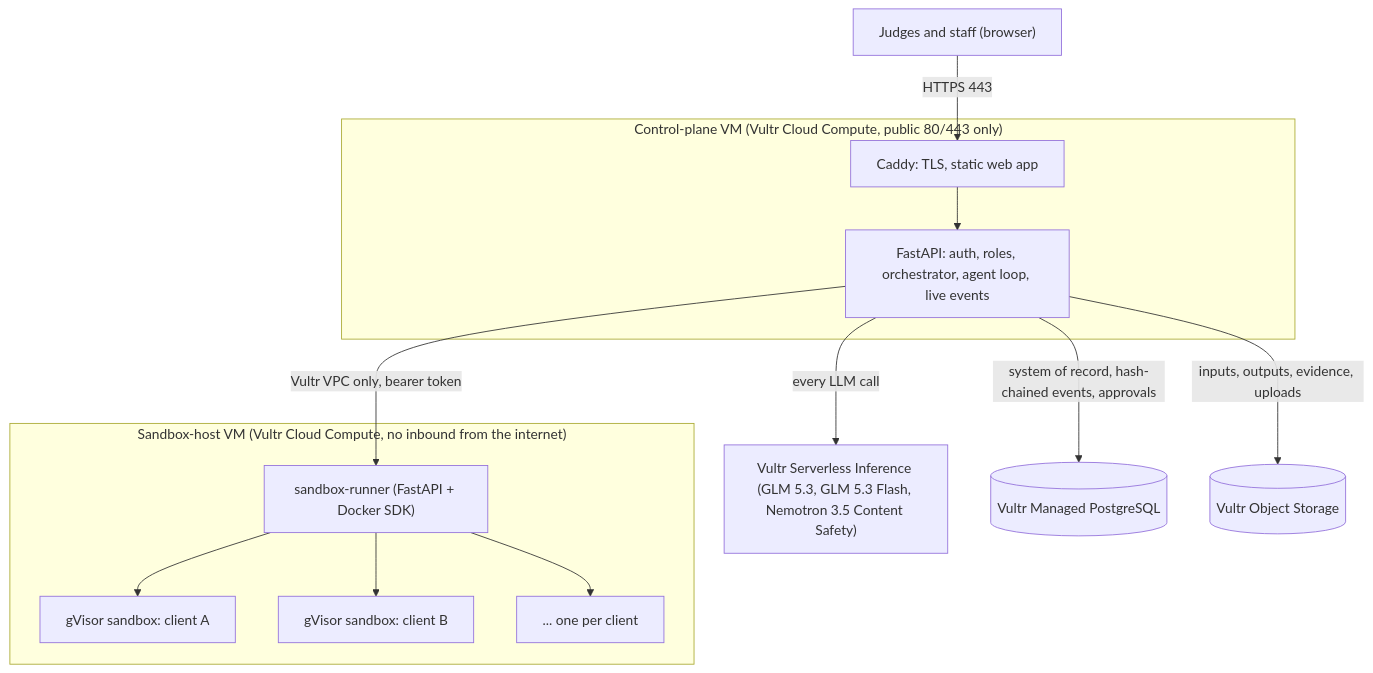
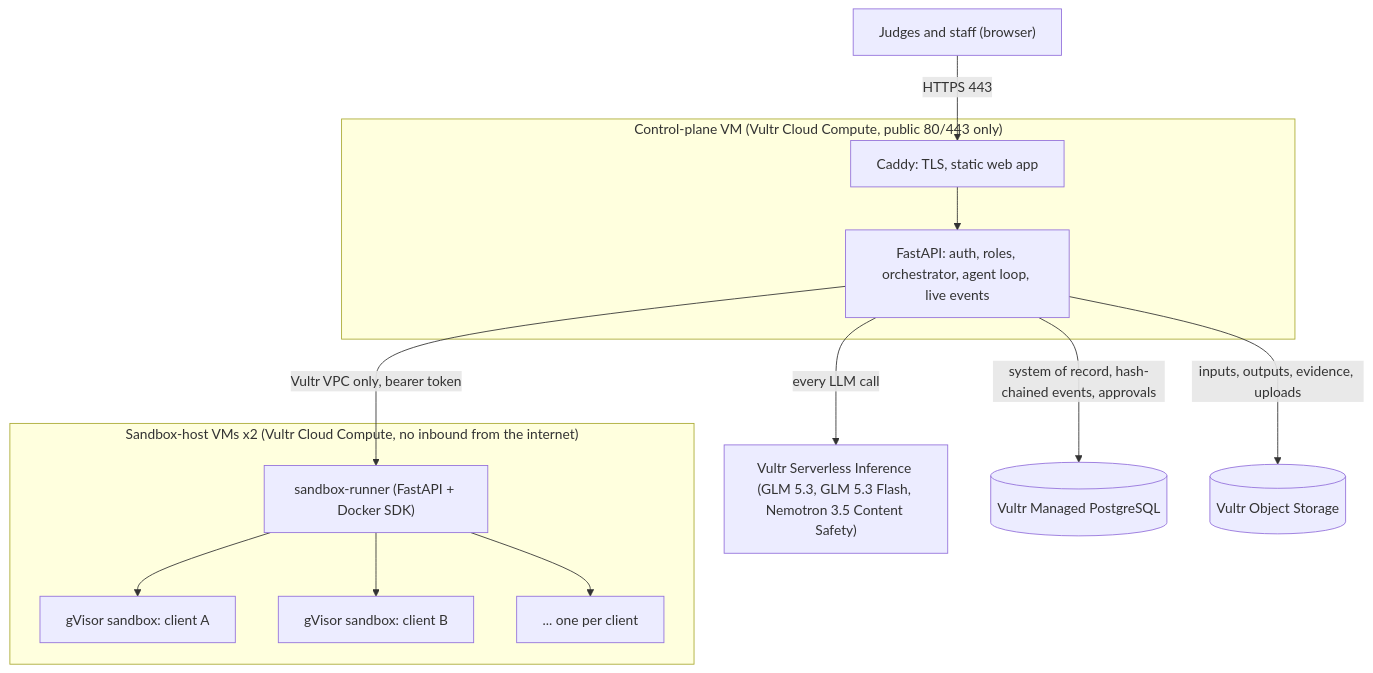
The diagram in README.md (chinesepowered/hack-vultracc), drawn with Mermaid before and after one commit. The commit also changed other lines of this file and 5 other files, not shown here.

First line of the commit message:
Second sandbox host in service: tieout-sbx-2

````diff
--- a/README.md
+++ b/README.md
@@ -59,16 +59,16 @@
 ```mermaid
 flowchart TB
     user["Judges and staff (browser)"] -->|"HTTPS 443"| caddy
     subgraph cp["Control-plane VM (Vultr Cloud Compute, public 80/443 only)"]
         caddy["Caddy: TLS, static web app"] --> api["FastAPI: auth, roles, orchestrator, agent loop, live events"]
     end
     api -->|"every LLM call"| inf["Vultr Serverless Inference (GLM 5.3, GLM 5.3 Flash, Nemotron 3.5 Content Safety)"]
     api -->|"system of record, hash-chained events, approvals"| pg[("Vultr Managed PostgreSQL")]
     api -->|"inputs, outputs, evidence, uploads"| s3[("Vultr Object Storage")]
     api -->|"Vultr VPC only, bearer token"| runner
-    subgraph sbx["Sandbox-host VM (Vultr Cloud Compute, no inbound from the internet)"]
+    subgraph sbx["Sandbox-host VMs x2 (Vultr Cloud Compute, no inbound from the internet)"]
         runner["sandbox-runner (FastAPI + Docker SDK)"] --> g1["gVisor sandbox: client A"]
         runner --> g2["gVisor sandbox: client B"]
         runner --> g3["... one per client"]
     end
 ```
````
